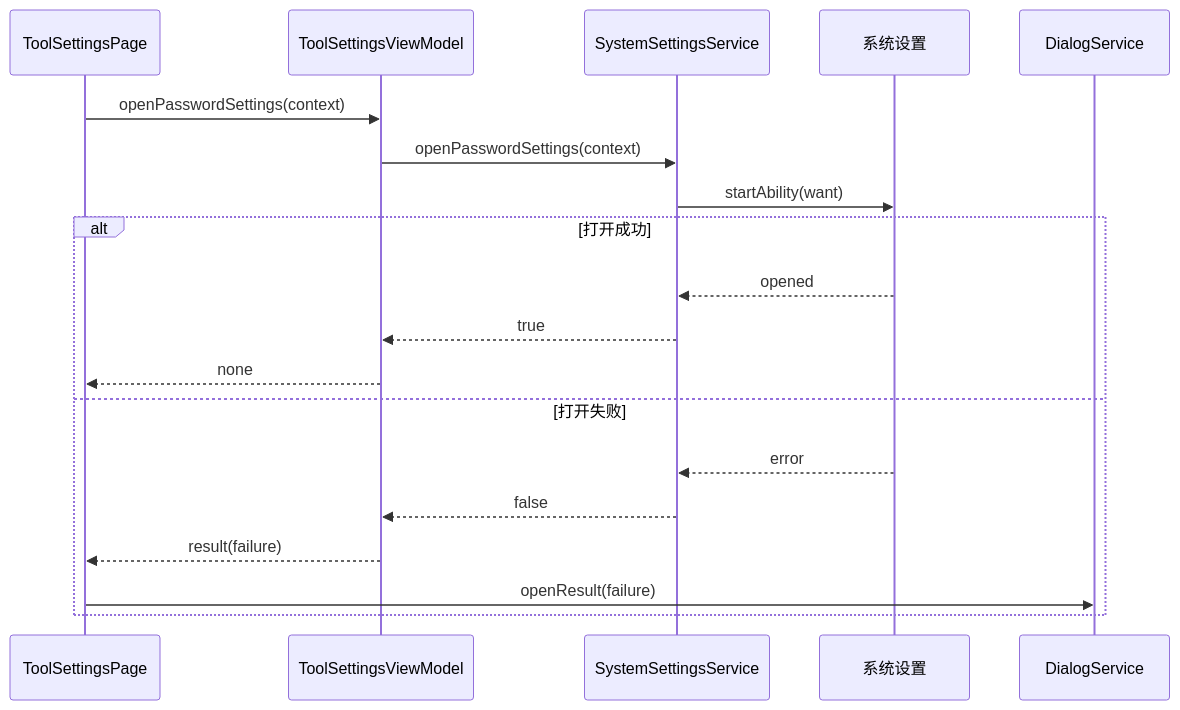
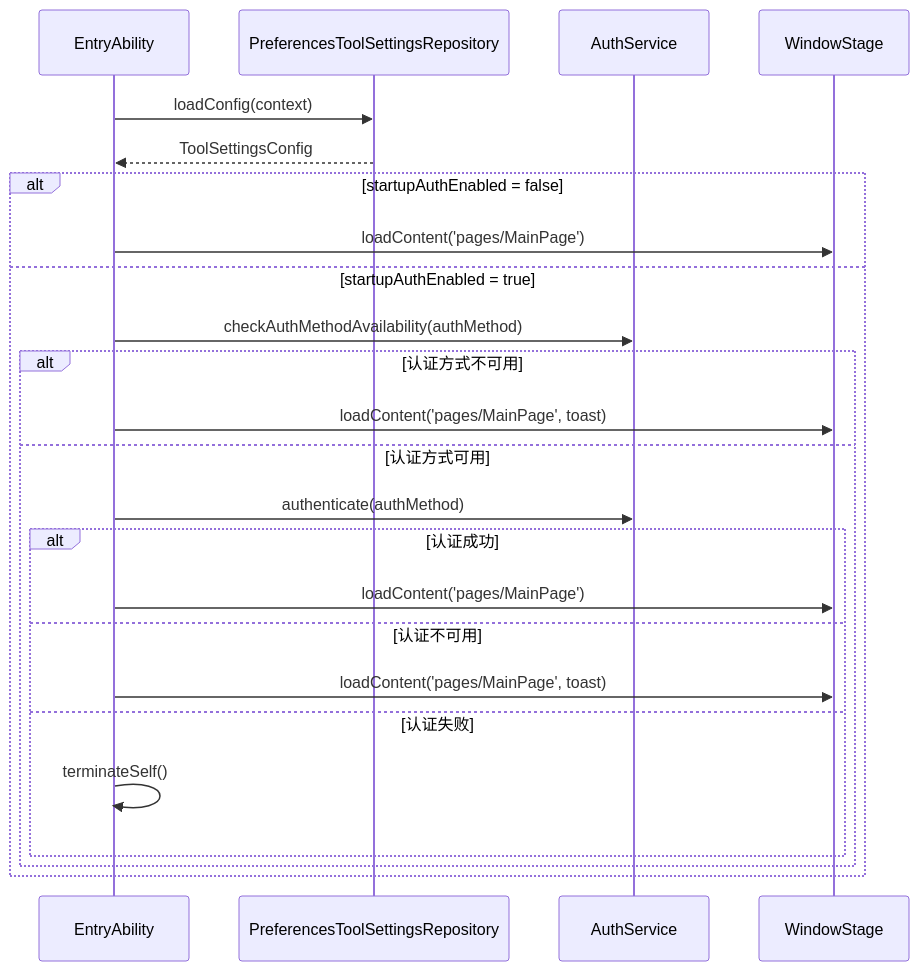
One commit to Deslord319/security_tool changed the third of 3 diagrams in docs/03-模块设计/工具设置组件设计说明.md. Above: the diagram before and after it, drawn with Mermaid. The commit also changed other lines of this file and 1 other file, not shown here.

Commit message:
docs: refresh tool settings module design

````diff
--- a/docs/03-模块设计/工具设置组件设计说明.md
+++ b/docs/03-模块设计/工具设置组件设计说明.md
@@ -331,22 +230,27 @@
 ```mermaid
 sequenceDiagram
-  participant UI as ToolSettingsPage
-  participant VM as ToolSettingsViewModel
-  participant Service as SystemSettingsService
-  participant System as 系统设置
-  participant Dialog as DialogService
+  participant Entry as EntryAbility
+  participant Repo as PreferencesToolSettingsRepository
+  participant Auth as AuthService
+  participant Window as WindowStage
 
-  UI->>VM: openPasswordSettings(context)
-  VM->>Service: openPasswordSettings(context)
-  Service->>System: startAbility(want)
-  alt 打开成功
-    System-->>Service: opened
-    Service-->>VM: true
-    VM-->>UI: none
-  else 打开失败
-    System-->>Service: error
-    Service-->>VM: false
-    VM-->>UI: result(failure)
-    UI->>Dialog: openResult(failure)
+  Entry->>Repo: loadConfig(context)
+  Repo-->>Entry: ToolSettingsConfig
+  alt startupAuthEnabled = false
+    Entry->>Window: loadContent('pages/MainPage')
+  else startupAuthEnabled = true
+    Entry->>Auth: checkAuthMethodAvailability(authMethod)
+    alt 认证方式不可用
+      Entry->>Window: loadContent('pages/MainPage', toast)
+    else 认证方式可用
+      Entry->>Auth: authenticate(authMethod)
+      alt 认证成功
+        Entry->>Window: loadContent('pages/MainPage')
+      else 认证不可用
+        Entry->>Window: loadContent('pages/MainPage', toast)
+      else 认证失败
+        Entry->>Entry: terminateSelf()
+      end
+    end
   end
 ```
````
